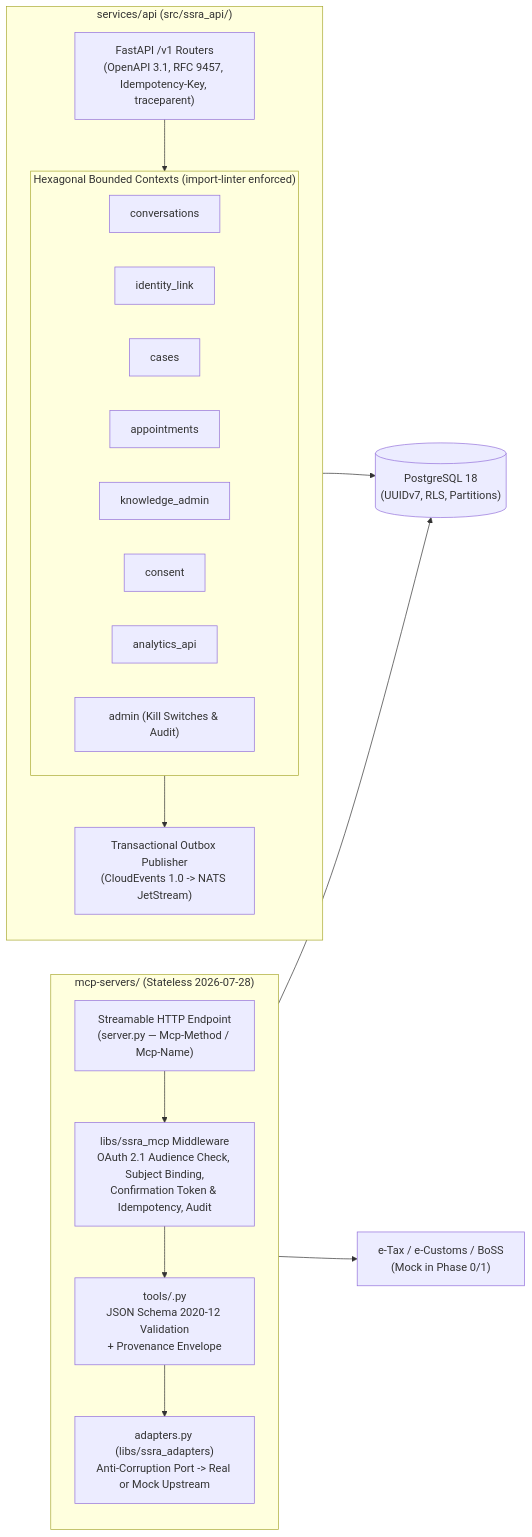
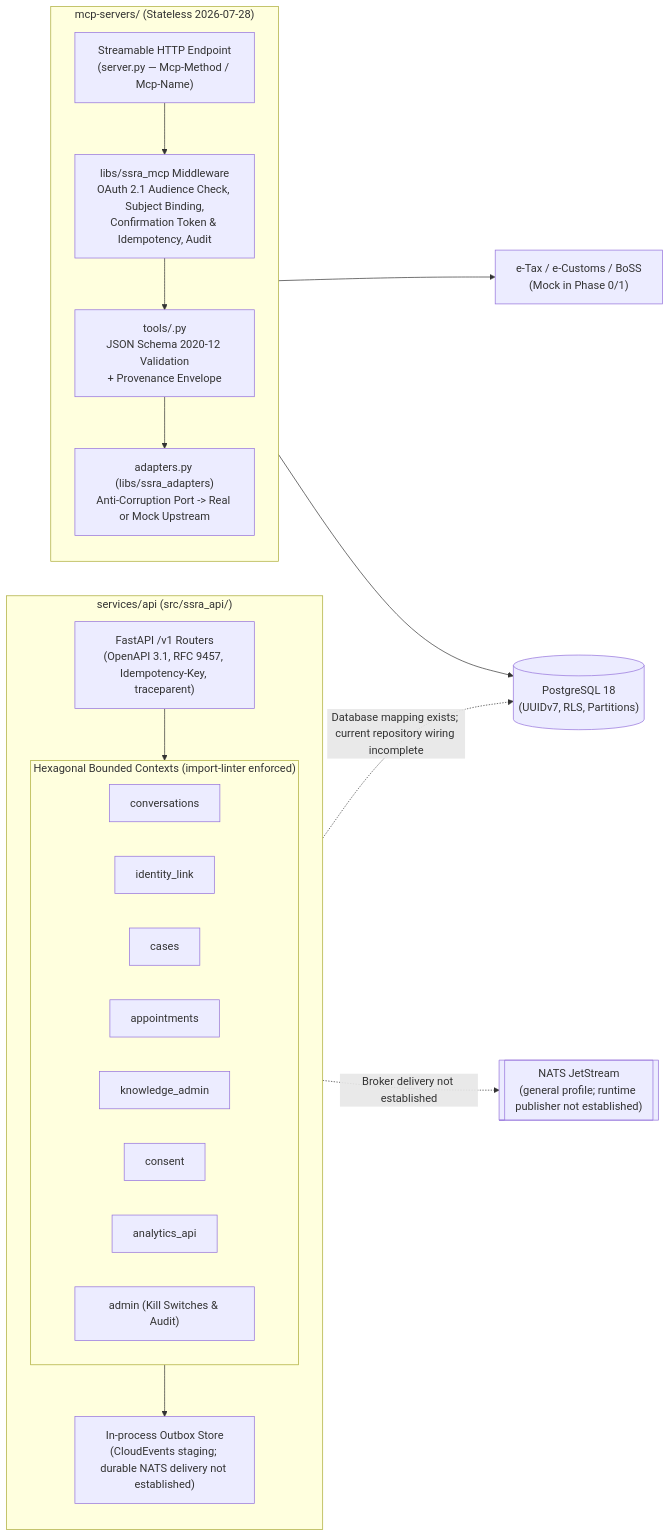
Before and after one commit to mpairwe7/SSRA-CX: the fourth of 8 diagrams in docs/architecture/overview.md, drawn with Mermaid. The commit also changed other lines of this file and 3 other files, not shown here.

Commit message:
docs(architecture): reconcile current structure and flows

````diff
--- a/docs/architecture/overview.md
+++ b/docs/architecture/overview.md
@@ -361,36 +384,38 @@
 ```mermaid
 flowchart LR
     subgraph ModularMonolith["services/api (src/ssra_api/)"]
         direction TB
         API_Router["FastAPI /v1 Routers\n(OpenAPI 3.1, RFC 9457, Idempotency-Key, traceparent)"]
         subgraph Contexts["Hexagonal Bounded Contexts (import-linter enforced)"]
             C_Conv["conversations"]
             C_Id["identity_link"]
             C_Cases["cases"]
             C_Appt["appointments"]
             C_Know["knowledge_admin"]
             C_Consent["consent"]
             C_Analytics["analytics_api"]
             C_Admin["admin (Kill Switches & Audit)"]
         end
-        Outbox["Transactional Outbox Publisher\n(CloudEvents 1.0 -> NATS JetStream)"]
+        Outbox["In-process Outbox Store\n(CloudEvents staging; durable NATS delivery not established)"]
         API_Router --> Contexts
         Contexts --> Outbox
     end
 
     subgraph MCPServerTemplate["mcp-servers/<domain> (Stateless 2026-07-28)"]
         direction TB
         MCPHttp["Streamable HTTP Endpoint\n(server.py — Mcp-Method / Mcp-Name)"]
         MCPBase["libs/ssra_mcp Middleware\nOAuth 2.1 Audience Check, Subject Binding,\nConfirmation Token & Idempotency, Audit"]
         ToolHandler["tools/<verb_noun>.py\nJSON Schema 2020-12 Validation\n+ Provenance Envelope"]
         PortAdapter["adapters.py (libs/ssra_adapters)\nAnti-Corruption Port -> Real or Mock Upstream"]
         MCPHttp --> MCPBase --> ToolHandler --> PortAdapter
     end
 
     PG[("PostgreSQL 18\n(UUIDv7, RLS, Partitions)")]
+    NATS[["NATS JetStream\n(general profile; runtime publisher not established)"]]
     ETaxAdapter["e-Tax / e-Customs / BoSS\n(Mock in Phase 0/1)"]
 
-    Contexts --> PG
+    Contexts -.->|"Database mapping exists; current repository wiring incomplete"| PG
+    Outbox -.->|"Broker delivery not established"| NATS
     PortAdapter --> PG
     PortAdapter --> ETaxAdapter
 ```
````
